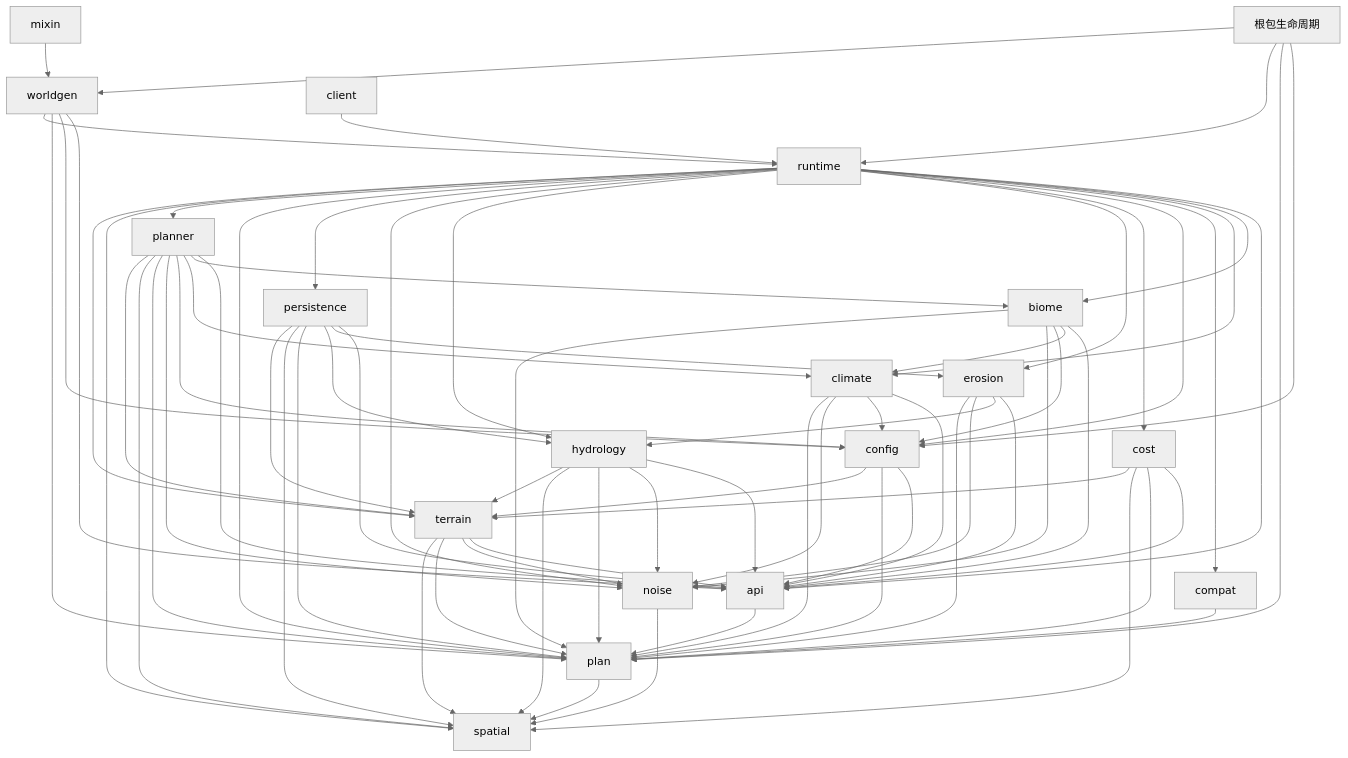
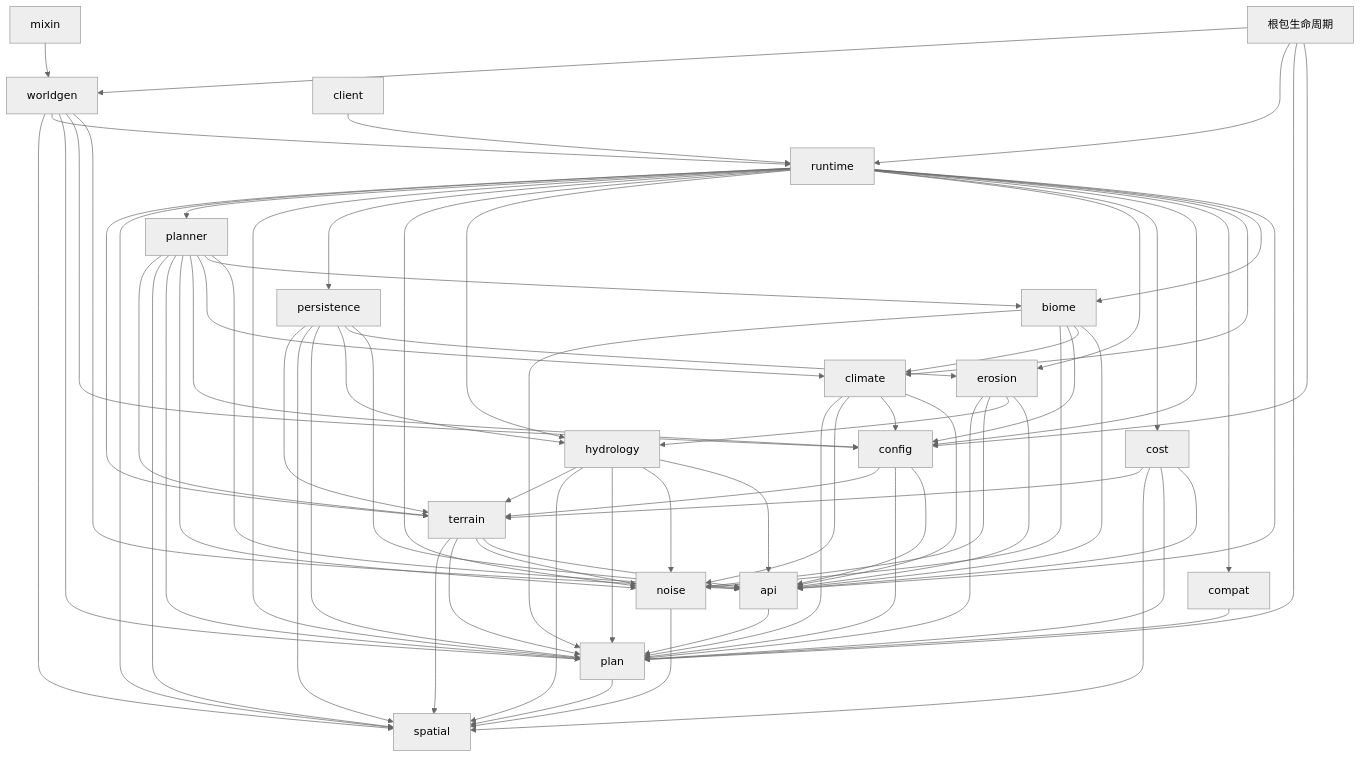
Before and after one commit to SuperUnom/AdventureWorldGen: the second of 2 diagrams in docs/architecture/overview.md, drawn with Mermaid (neutral theme). The commit also changed other lines of this file and 53 other files, not shown here.

````diff
--- a/docs/architecture/overview.md
+++ b/docs/architecture/overview.md
@@ -41,21 +41,21 @@
 ```mermaid
 flowchart TD
     root[根包生命周期] --> config & plan & runtime & worldgen
     client --> runtime
     mixin --> worldgen
-    worldgen --> api & config & plan & runtime
+    worldgen --> api & config & plan & runtime & spatial
     runtime --> api & biome & climate & compat & config & cost & erosion & hydrology & noise & persistence & plan & planner & spatial & terrain
     planner --> api & biome & climate & config & noise & plan & spatial & terrain
     persistence --> api & erosion & hydrology & plan & spatial & terrain
     config --> api & plan & terrain
     cost --> api & plan & spatial & terrain
     biome --> api & climate & config & noise & plan
     climate --> api & config & noise & plan
     erosion --> api & hydrology & noise & plan
     hydrology --> api & noise & plan & spatial & terrain
     terrain --> api & noise & plan & spatial
     compat --> plan
     api --> plan
     noise --> spatial
     plan --> spatial
 ```
````
